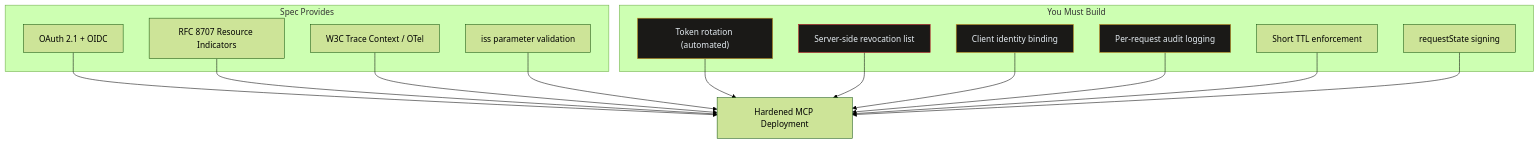
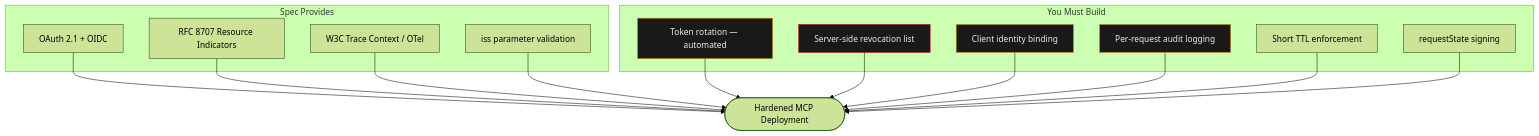
One commit to CyberdaemonAI/cyberdaemon-site changed the third of 3 diagrams in src/content/analysis/mcp-stateless-security.mdx. Above: the diagram before and after it, drawn with Mermaid (forest theme). The commit also changed other lines of this file and 23 other files, not shown here.

First line of the commit message:
style(diagrams): retrofit all mermaid diagrams to flowchart syntax site-wide

````diff
--- a/src/content/analysis/mcp-stateless-security.mdx
+++ b/src/content/analysis/mcp-stateless-security.mdx
@@ -209,31 +209,31 @@
 ```mermaid
-graph TD
-    subgraph "Spec Provides"
-        OAUTH["OAuth 2.1 + OIDC"]
-        RFC["RFC 8707 Resource Indicators"]
-        OTEL["W3C Trace Context / OTel"]
-        ISS["iss parameter validation"]
+flowchart TD
+    subgraph spec["Spec Provides"]
+        OAUTH[OAuth 2.1 + OIDC]
+        RFC[RFC 8707 Resource Indicators]
+        OTEL[W3C Trace Context / OTel]
+        ISS[iss parameter validation]
     end
-    subgraph "You Must Build"
-        ROT["Token rotation (automated)"]
-        REV["Server-side revocation list"]
-        BIND["Client identity binding"]
-        AUDIT["Per-request audit logging"]
-        TTL["Short TTL enforcement"]
-        RSTATE["requestState signing"]
+    subgraph build["You Must Build"]
+        ROT[Token rotation — automated]
+        REV[Server-side revocation list]
+        BIND[Client identity binding]
+        AUDIT[Per-request audit logging]
+        TTL[Short TTL enforcement]
+        RSTATE[requestState signing]
     end
-    OAUTH --> SECURE["Hardened MCP Deployment"]
+    OAUTH --> SECURE([Hardened MCP Deployment])
     RFC --> SECURE
     OTEL --> SECURE
     ISS --> SECURE
     ROT --> SECURE
     REV --> SECURE
     BIND --> SECURE
     AUDIT --> SECURE
     TTL --> SECURE
     RSTATE --> SECURE
     style ROT fill:#1a1917,stroke:#D29922,color:#E6EDF3
     style REV fill:#1a1917,stroke:#C1121F,color:#E6EDF3
     style BIND fill:#1a1917,stroke:#D29922,color:#E6EDF3
     style AUDIT fill:#1a1917,stroke:#D29922,color:#E6EDF3
 ```
````
